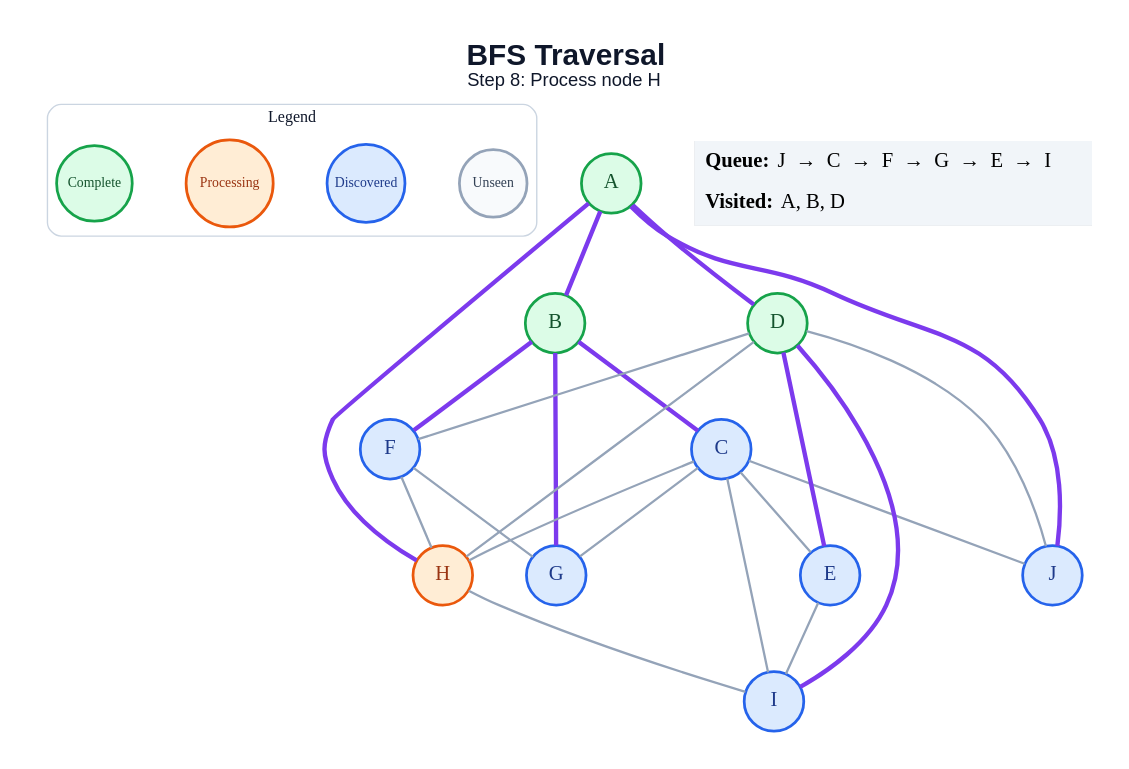
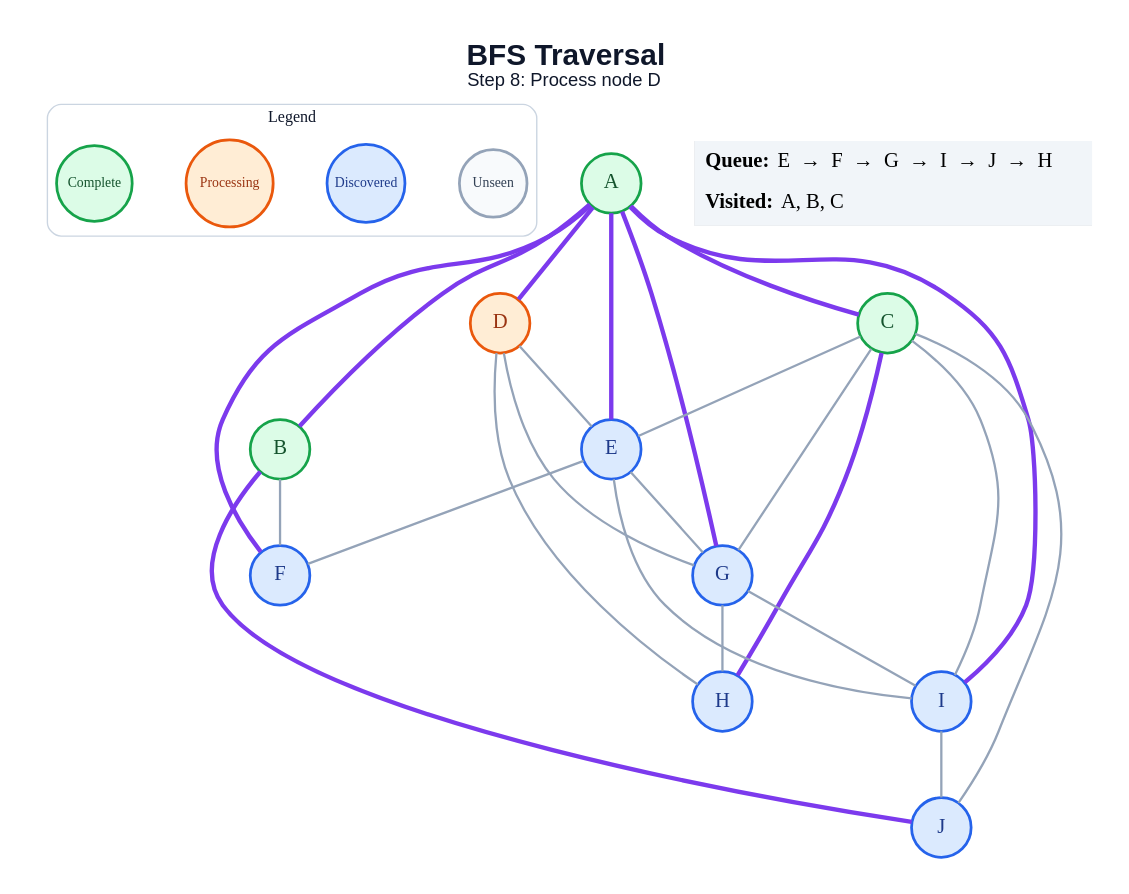
The diagram in generated/bfs/step_08.dot (anon7238593-create/ai-slop), drawn with Graphviz before and after one commit. The commit also changed 179 other files, not shown here.

```diff
--- a/generated/bfs/step_08.dot
+++ b/generated/bfs/step_08.dot
@@ -1,50 +1,52 @@
 graph traversal {
   graph [layout=dot, rankdir=TB, bgcolor="#FFFFFF", pad="0.35", nodesep="0.65", ranksep="0.8", fontname="Arial"];
   node [shape=circle, style="filled", fontname="Arial Bold", fontsize=18, width=0.72, fixedsize=true, penwidth=2.4];
   edge [color="#94A3B8", penwidth=2.0];
-  label=<<B>BFS Traversal</B><BR/><FONT POINT-SIZE="16">Step 8: Process node H</FONT>>; labelloc="t"; fontsize=26; fontname="Arial"; fontcolor="#0F172A";
+  label=<<B>BFS Traversal</B><BR/><FONT POINT-SIZE="16">Step 8: Process node D</FONT>>; labelloc="t"; fontsize=26; fontname="Arial"; fontcolor="#0F172A";
   subgraph cluster_legend { label="Legend"; color="#CBD5E1"; penwidth=1.2; style="rounded"; fontsize=14; fontname="Arial Bold";
     key_unseen [label="Unseen", fillcolor="#F8FAFC", color="#94A3B8", fontcolor="#334155", fontsize=12, width=0.82];
     key_frontier [label="Discovered", fillcolor="#DBEAFE", color="#2563EB", fontcolor="#1E3A8A", fontsize=12, width=0.95];
     key_current [label="Processing", fillcolor="#FFEDD5", color="#EA580C", fontcolor="#9A3412", fontsize=12, width=1.05];
     key_done [label="Complete", fillcolor="#DCFCE7", color="#16A34A", fontcolor="#14532D", fontsize=12, width=0.92];
     { rank=same; key_unseen; key_frontier; key_current; key_done; }
   }
   A [fillcolor="#DCFCE7", color="#16A34A", fontcolor="#14532D"];
   B [fillcolor="#DCFCE7", color="#16A34A", fontcolor="#14532D"];
-  C [fillcolor="#DBEAFE", color="#2563EB", fontcolor="#1E3A8A"];
-  D [fillcolor="#DCFCE7", color="#16A34A", fontcolor="#14532D"];
+  C [fillcolor="#DCFCE7", color="#16A34A", fontcolor="#14532D"];
+  D [fillcolor="#FFEDD5", color="#EA580C", fontcolor="#9A3412"];
   E [fillcolor="#DBEAFE", color="#2563EB", fontcolor="#1E3A8A"];
   F [fillcolor="#DBEAFE", color="#2563EB", fontcolor="#1E3A8A"];
   G [fillcolor="#DBEAFE", color="#2563EB", fontcolor="#1E3A8A"];
-  H [fillcolor="#FFEDD5", color="#EA580C", fontcolor="#9A3412"];
+  H [fillcolor="#DBEAFE", color="#2563EB", fontcolor="#1E3A8A"];
   I [fillcolor="#DBEAFE", color="#2563EB", fontcolor="#1E3A8A"];
   J [fillcolor="#DBEAFE", color="#2563EB", fontcolor="#1E3A8A"];
   A -- B [color="#7C3AED", penwidth=3.8];
+  A -- C [color="#7C3AED", penwidth=3.8];
   A -- D [color="#7C3AED", penwidth=3.8];
-  A -- H [color="#7C3AED", penwidth=3.8];
-  A -- J [color="#7C3AED", penwidth=3.8];
-  B -- C [color="#7C3AED", penwidth=3.8];
-  B -- F [color="#7C3AED", penwidth=3.8];
-  B -- G [color="#7C3AED", penwidth=3.8];
+  A -- E [color="#7C3AED", penwidth=3.8];
+  A -- F [color="#7C3AED", penwidth=3.8];
+  A -- G [color="#7C3AED", penwidth=3.8];
+  A -- I [color="#7C3AED", penwidth=3.8];
+  B -- F;
+  B -- J [color="#7C3AED", penwidth=3.8];
   C -- E;
   C -- G;
-  C -- H;
+  C -- H [color="#7C3AED", penwidth=3.8];
   C -- I;
   C -- J;
-  D -- E [color="#7C3AED", penwidth=3.8];
-  D -- F;
+  D -- E;
+  D -- G;
   D -- H;
-  D -- I [color="#7C3AED", penwidth=3.8];
-  D -- J;
+  E -- F;
+  E -- G;
   E -- I;
-  F -- G;
-  F -- H;
-  H -- I;
+  G -- H;
+  G -- I;
+  I -- J;
   status [shape=plain, fixedsize=false, width=0, height=0, margin=0, label=<
     <TABLE BORDER="0" CELLBORDER="0" CELLPADDING="7" BGCOLOR="#F1F5F9">
-      <TR><TD ALIGN="LEFT"><B>Queue:</B> J  →  C  →  F  →  G  →  E  →  I</TD></TR>
-      <TR><TD ALIGN="LEFT"><B>Visited:</B> A, B, D</TD></TR>
+      <TR><TD ALIGN="LEFT"><B>Queue:</B> E  →  F  →  G  →  I  →  J  →  H</TD></TR>
+      <TR><TD ALIGN="LEFT"><B>Visited:</B> A, B, C</TD></TR>
     </TABLE>
   >];
 }
```
